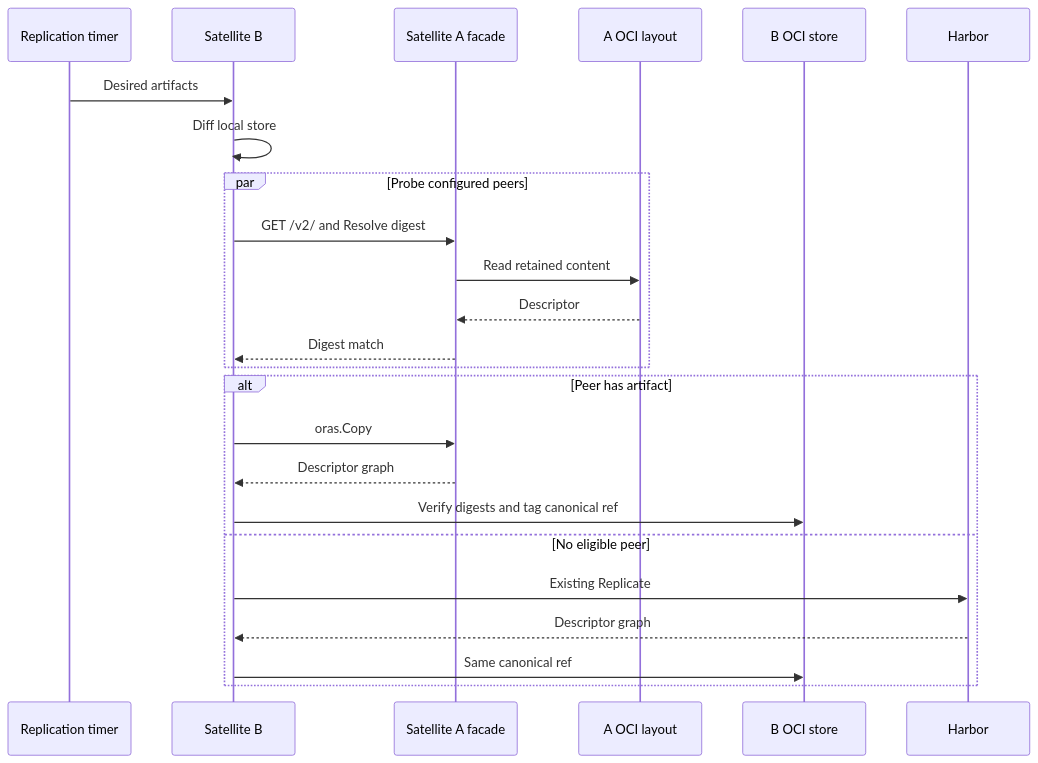
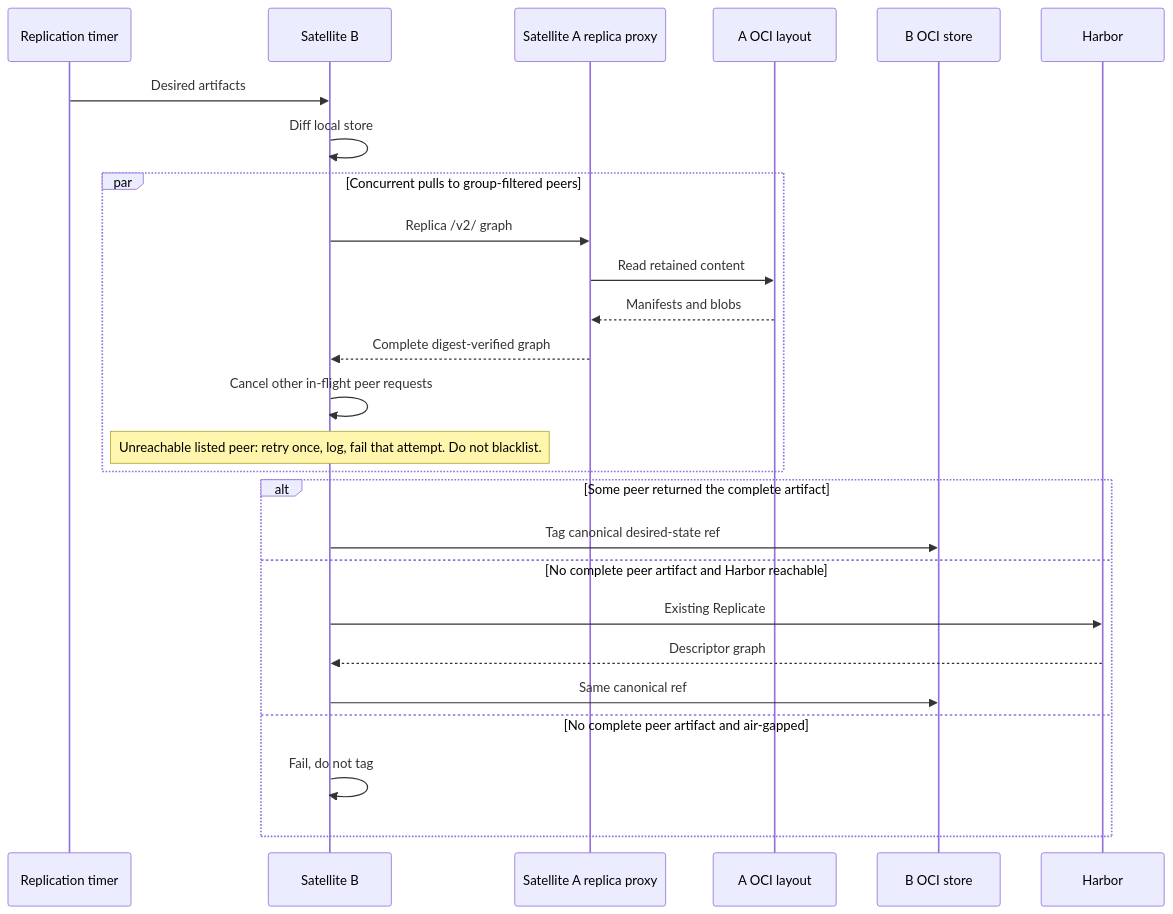
One commit to container-registry/harbor-satellite changed the second of 2 diagrams in docs/decisions/0010-peer-to-peer-distribution.md. Above: the diagram before and after it, drawn with Mermaid. The commit also changed other lines of this file, not shown here.

Commit message:
docs: retarget ADR-0010 onto replica mode

````diff
--- a/docs/decisions/0010-peer-to-peer-distribution.md
+++ b/docs/decisions/0010-peer-to-peer-distribution.md
@@ -172,29 +241,31 @@
 ```mermaid
 sequenceDiagram
     participant Timer as Replication timer
     participant B as Satellite B
-    participant A as Satellite A facade
+    participant A as Satellite A replica proxy
     participant DiskA as A OCI layout
     participant DiskB as B OCI store
     participant Harbor as Harbor
 
     Timer->>B: Desired artifacts
     B->>B: Diff local store
 
-    par Probe configured peers
-        B->>A: GET /v2/ and Resolve digest
+    par Concurrent pulls to group-filtered peers
+        B->>A: Replica /v2/ graph
         A->>DiskA: Read retained content
-        DiskA-->>A: Descriptor
-        A-->>B: Digest match
+        DiskA-->>A: Manifests and blobs
+        A-->>B: Complete digest-verified graph
+        B->>B: Cancel other in-flight peer requests
+        Note over B: Unreachable listed peer: retry once, log, fail that attempt. Do not blacklist.
     end
 
-    alt Peer has artifact
-        B->>A: oras.Copy
-        A-->>B: Descriptor graph
-        B->>DiskB: Verify digests and tag canonical ref
-    else No eligible peer
+    alt Some peer returned the complete artifact
+        B->>DiskB: Tag canonical desired-state ref
+    else No complete peer artifact and Harbor reachable
         B->>Harbor: Existing Replicate
         Harbor-->>B: Descriptor graph
         B->>DiskB: Same canonical ref
+    else No complete peer artifact and air-gapped
+        B->>B: Fail, do not tag
     end
 ```
````
